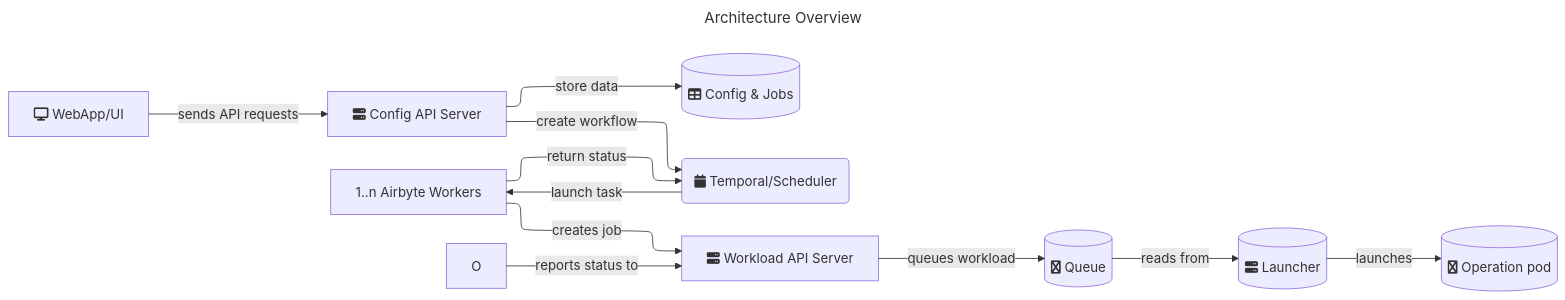
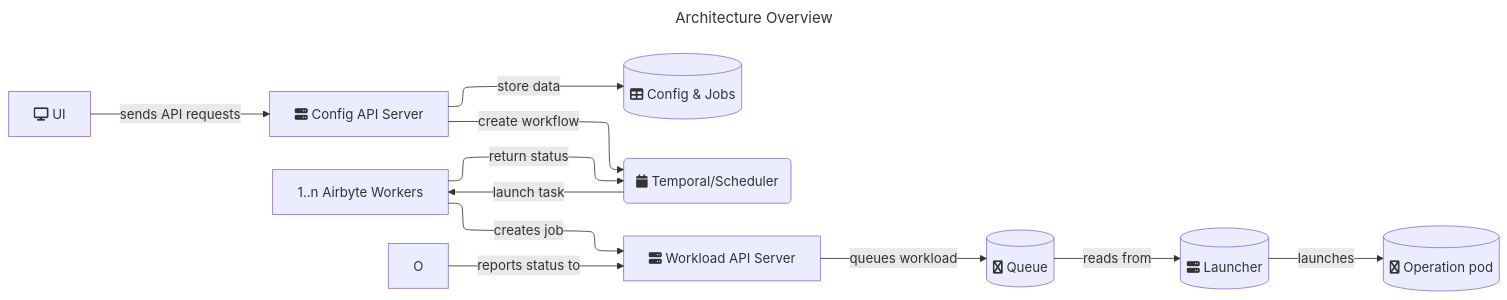
The diagram in docusaurus/platform_versioned_docs/version-1.8/understanding-airbyte/high-level-view.md (airbytehq/airbyte), drawn with Mermaid before and after one commit. The commit also changed 4 other files, not shown here.

````diff
--- a/docusaurus/platform_versioned_docs/version-1.8/understanding-airbyte/high-level-view.md
+++ b/docusaurus/platform_versioned_docs/version-1.8/understanding-airbyte/high-level-view.md
@@ -15,27 +15,27 @@
 ```mermaid
 ---
 title: Architecture Overview
 ---
 %%{init: {"flowchart": {"defaultRenderer": "elk"}} }%%
 flowchart LR
-    W[fa:fa-display WebApp/UI]
+    W[fa:fa-display UI]
     S[fa:fa-server Config API Server]
     D[(fa:fa-table Config & Jobs)]
     L[(fa:fa-server Launcher)]
     OP[(fa:fa-superpowers Operation pod)]
     Q[(fa:fa-superpowers Queue)]
     T(fa:fa-calendar Temporal/Scheduler)
     W2[1..n Airbyte Workers]
     WL[fa:fa-server Workload API Server]
     
     W -->|sends API requests| S
     S -->|store data| D
     S -->|create workflow| T
     T -->|launch task| W2
     W2 -->|return status| T
     W2 -->|creates job| WL
     WL -->|queues workload| Q
     Q  -->|reads from| L
     L -->|launches| OP
     O -->|reports status to| WL
 ```
````
